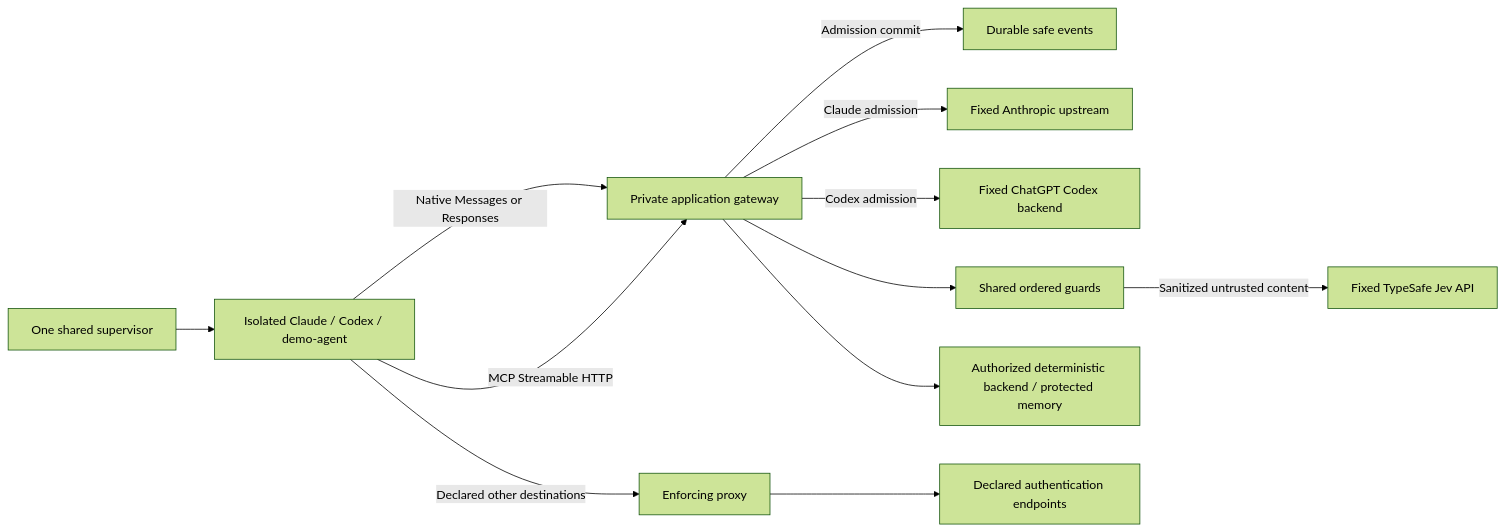
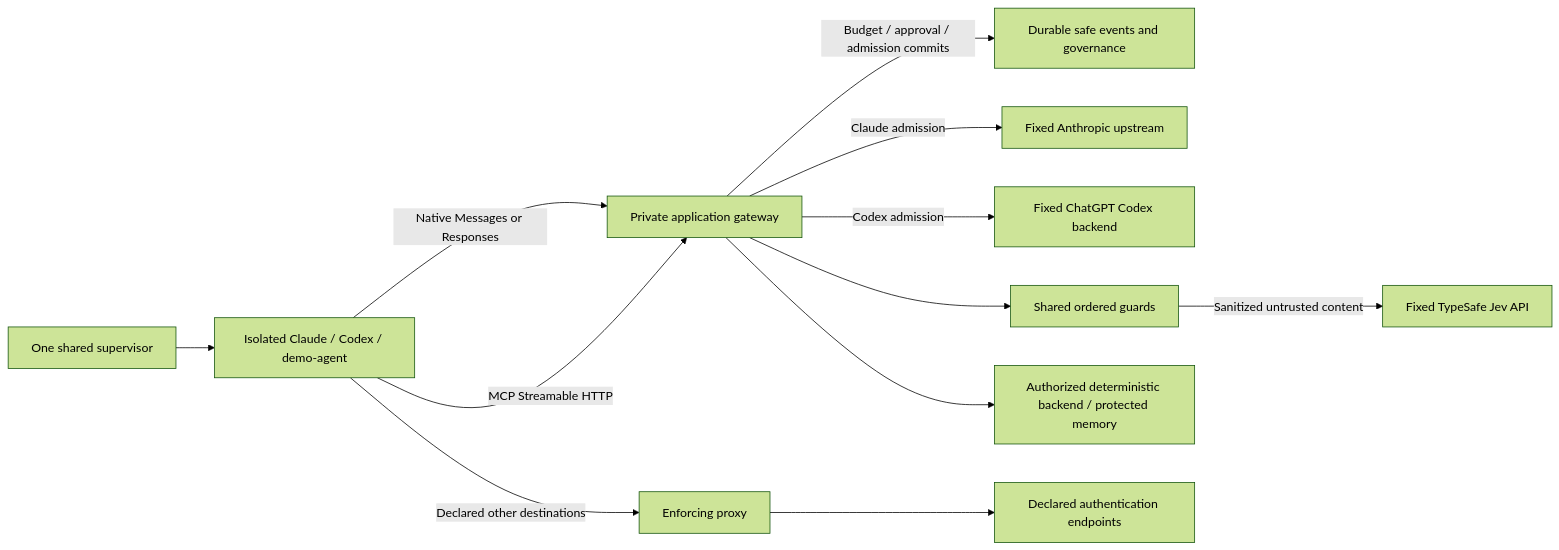
Before and after one commit to dmitrykitty/ai-ctrl: the first of 2 diagrams in ARCHITECTURE.md, drawn with Mermaid (forest theme). The commit also changed other lines of this file and 63 other files, not shown here.

````diff
--- a/ARCHITECTURE.md
+++ b/ARCHITECTURE.md
@@ -7,14 +7,14 @@
 ```mermaid
 flowchart LR
     Host[One shared supervisor] --> Agent[Isolated Claude / Codex / demo-agent]
     Agent -->|Native Messages or Responses| Gateway[Private application gateway]
     Agent -->|Declared other destinations| Proxy[Enforcing proxy]
-    Gateway -->|Admission commit| SQLite[Durable safe events]
+    Gateway -->|Budget / approval / admission commits| SQLite[Durable safe events and governance]
     Gateway -->|Claude admission| Anthropic[Fixed Anthropic upstream]
     Gateway -->|Codex admission| ChatGPT[Fixed ChatGPT Codex backend]
     Agent -->|MCP Streamable HTTP| Gateway
     Gateway --> Guards[Shared ordered guards]
     Guards -->|Sanitized untrusted content| Jev[Fixed TypeSafe Jev API]
     Gateway --> MCP[Authorized deterministic backend / protected memory]
     Proxy --> Auth[Declared authentication endpoints]
 ```
````
